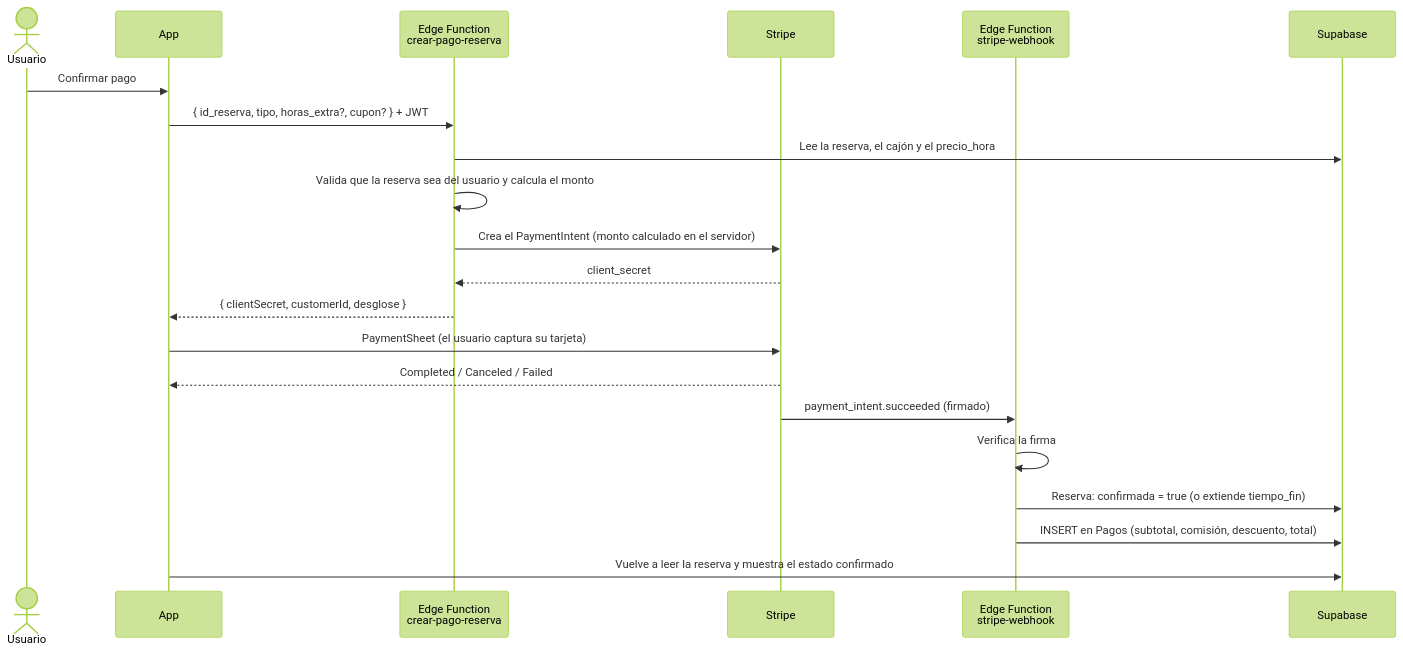
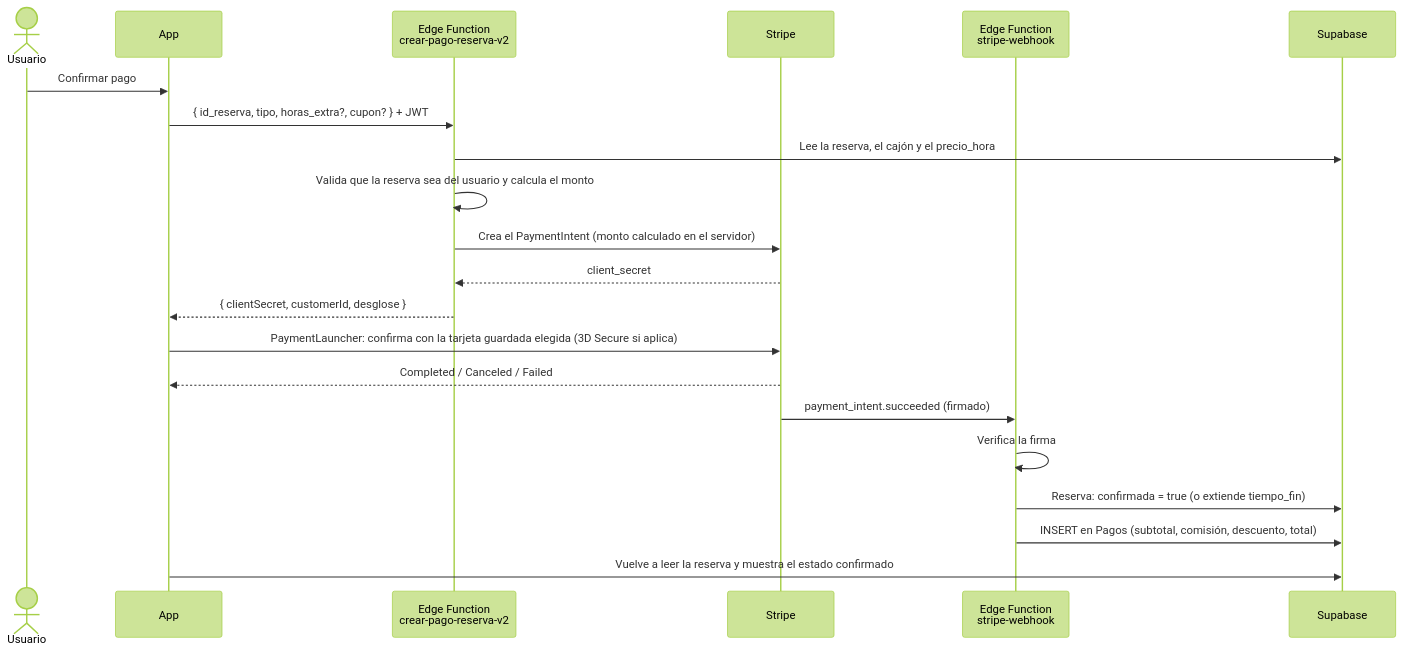
The diagram in docs/technical/Application/Stripe y flujo de pago.md (albertgatez/SmartParking), drawn with Mermaid (forest theme) before and after one commit. The commit also changed other lines of this file and 46 other files, not shown here.

````diff
--- a/docs/technical/Application/Stripe y flujo de pago.md
+++ b/docs/technical/Application/Stripe y flujo de pago.md
@@ -29,24 +29,24 @@
 ```mermaid
 sequenceDiagram
     actor U as Usuario
     participant App
-    participant F as Edge Function<br/>crear-pago-reserva
+    participant F as Edge Function<br/>crear-pago-reserva-v2
     participant S as Stripe
     participant W as Edge Function<br/>stripe-webhook
     participant DB as Supabase
 
     U->>App: Confirmar pago
     App->>F: { id_reserva, tipo, horas_extra?, cupon? } + JWT
     F->>DB: Lee la reserva, el cajón y el precio_hora
     F->>F: Valida que la reserva sea del usuario y calcula el monto
     F->>S: Crea el PaymentIntent (monto calculado en el servidor)
     S-->>F: client_secret
     F-->>App: { clientSecret, customerId, desglose }
-    App->>S: PaymentSheet (el usuario captura su tarjeta)
+    App->>S: PaymentLauncher: confirma con la tarjeta guardada elegida (3D Secure si aplica)
     S-->>App: Completed / Canceled / Failed
     S->>W: payment_intent.succeeded (firmado)
     W->>W: Verifica la firma
     W->>DB: Reserva: confirmada = true (o extiende tiempo_fin)
     W->>DB: INSERT en Pagos (subtotal, comisión, descuento, total)
     App->>DB: Vuelve a leer la reserva y muestra el estado confirmado
 ```
````
